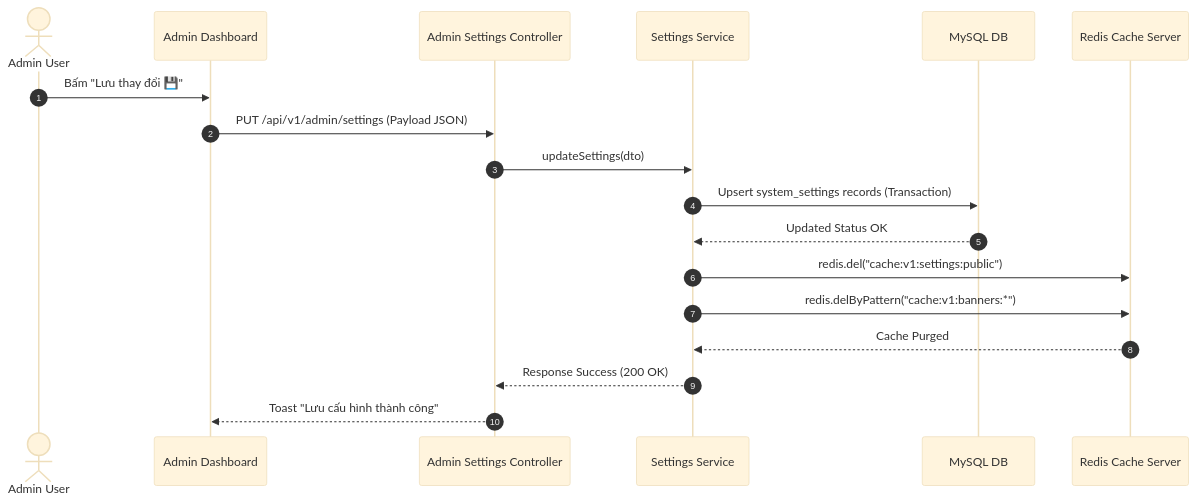
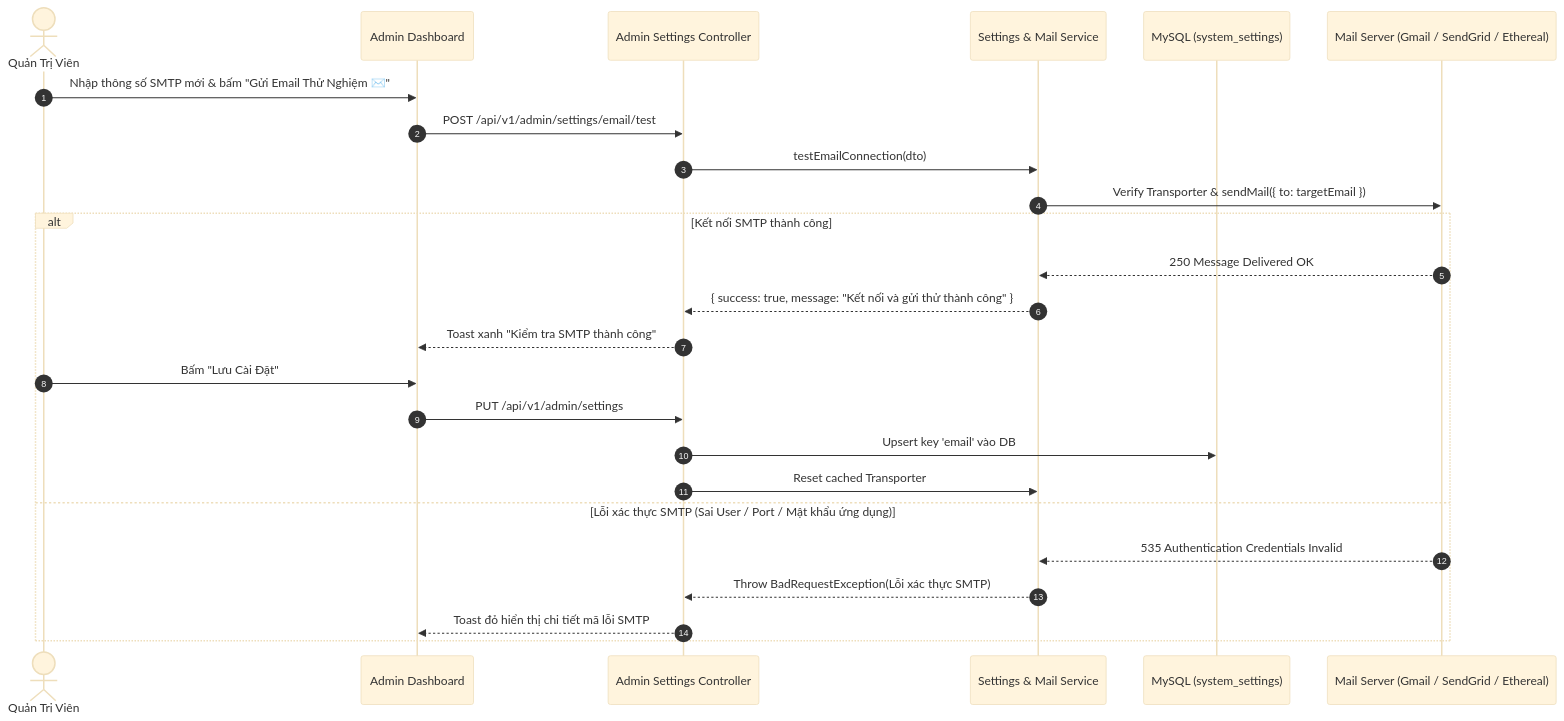
Before and after one commit to nguyentuanthien2384/vibe-coding: the diagram in ecommerce-platform/.docs/backend-plans/dashboard/05-settings-plan.md, drawn with Mermaid (base theme). The commit also changed other lines of this file and 27 other files, not shown here.

Commit message:
feat: implement system settings management module with admin API client and frontend configuration forms

````diff
--- a/ecommerce-platform/.docs/backend-plans/dashboard/05-settings-plan.md
+++ b/ecommerce-platform/.docs/backend-plans/dashboard/05-settings-plan.md
@@ -278,21 +540,28 @@
 ```mermaid
 sequenceDiagram
     autonumber
-    actor Admin as Admin User
+    actor Admin as Quản Trị Viên
     participant Dash as Admin Dashboard
     participant API as Admin Settings Controller
-    participant Service as Settings Service
-    participant DB as MySQL DB
-    participant Redis as Redis Cache Server
+    participant Service as Settings & Mail Service
+    participant DB as MySQL (system_settings)
+    participant Smtp as Mail Server (Gmail / SendGrid / Ethereal)
 
-    Admin->>Dash: Bấm "Lưu thay đổi 💾"
-    Dash->>API: PUT /api/v1/admin/settings (Payload JSON)
-    API->>Service: updateSettings(dto)
-    Service->>DB: Upsert system_settings records (Transaction)
-    DB-->>Service: Updated Status OK
-    Service->>Redis: redis.del("cache:v1:settings:public")
-    Service->>Redis: redis.delByPattern("cache:v1:banners:*")
-    Redis-->>Service: Cache Purged
-    Service-->>API: Response Success (200 OK)
-    API-->>Dash: Toast "Lưu cấu hình thành công"
+    Admin->>Dash: Nhập thông số SMTP mới & bấm "Gửi Email Thử Nghiệm ✉️"
+    Dash->>API: POST /api/v1/admin/settings/email/test
+    API->>Service: testEmailConnection(dto)
+    Service->>Smtp: Verify Transporter & sendMail({ to: targetEmail })
+    alt Kết nối SMTP thành công
+        Smtp-->>Service: 250 Message Delivered OK
+        Service-->>API: { success: true, message: "Kết nối và gửi thử thành công" }
+        API-->>Dash: Toast xanh "Kiểm tra SMTP thành công"
+        Admin->>Dash: Bấm "Lưu Cài Đặt"
+        Dash->>API: PUT /api/v1/admin/settings
+        API->>DB: Upsert key 'email' vào DB
+        API->>Service: Reset cached Transporter
+    else Lỗi xác thực SMTP (Sai User / Port / Mật khẩu ứng dụng)
+        Smtp-->>Service: 535 Authentication Credentials Invalid
+        Service-->>API: Throw BadRequestException(Lỗi xác thực SMTP)
+        API-->>Dash: Toast đỏ hiển thị chi tiết mã lỗi SMTP
+    end
 ```
````
